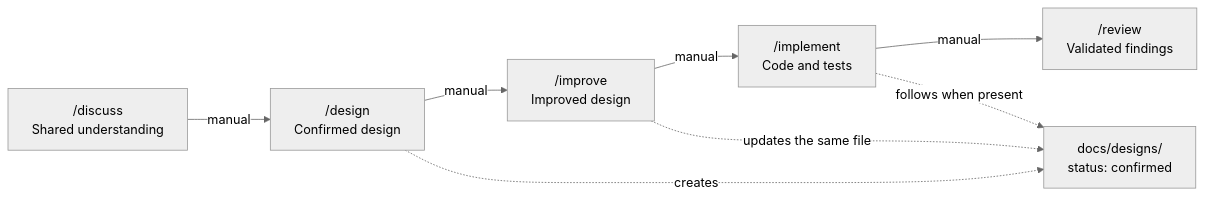
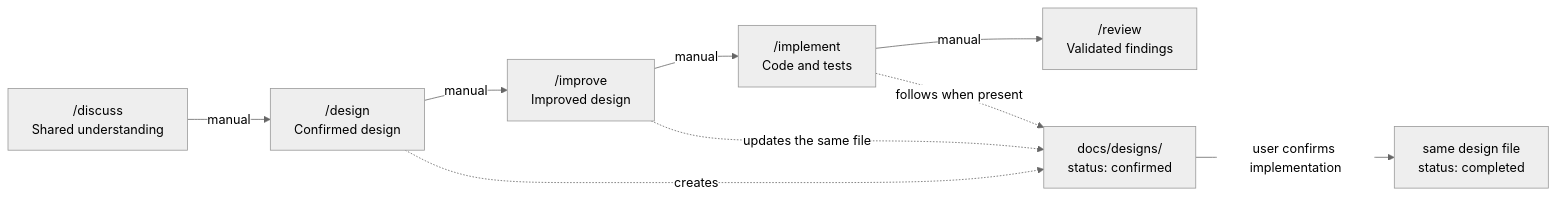
Before and after one commit to itzLan1126/Workflow: the diagram in README.md, drawn with Mermaid (neutral theme). The commit also changed other lines of this file and 4 other files, not shown here.

````diff
--- a/README.md
+++ b/README.md
@@ -21,12 +21,13 @@
 ```mermaid
 %%{init: { "flowchart": { "diagramPadding": 200 } } }%%
 flowchart LR
     A["/discuss<br/>Shared understanding"] -->|manual| B["/design<br/>Confirmed design"]
     B -->|manual| C["/improve<br/>Improved design"]
     C -->|manual| D["/implement<br/>Code and tests"]
     D -->|manual| E["/review<br/>Validated findings"]
 
     B -. creates .-> F["docs/designs/<br/>status: confirmed"]
     C -. updates the same file .-> F
     D -. follows when present .-> F
+    F -->|user confirms implementation| G["same design file<br/>status: completed"]
 ```
````
